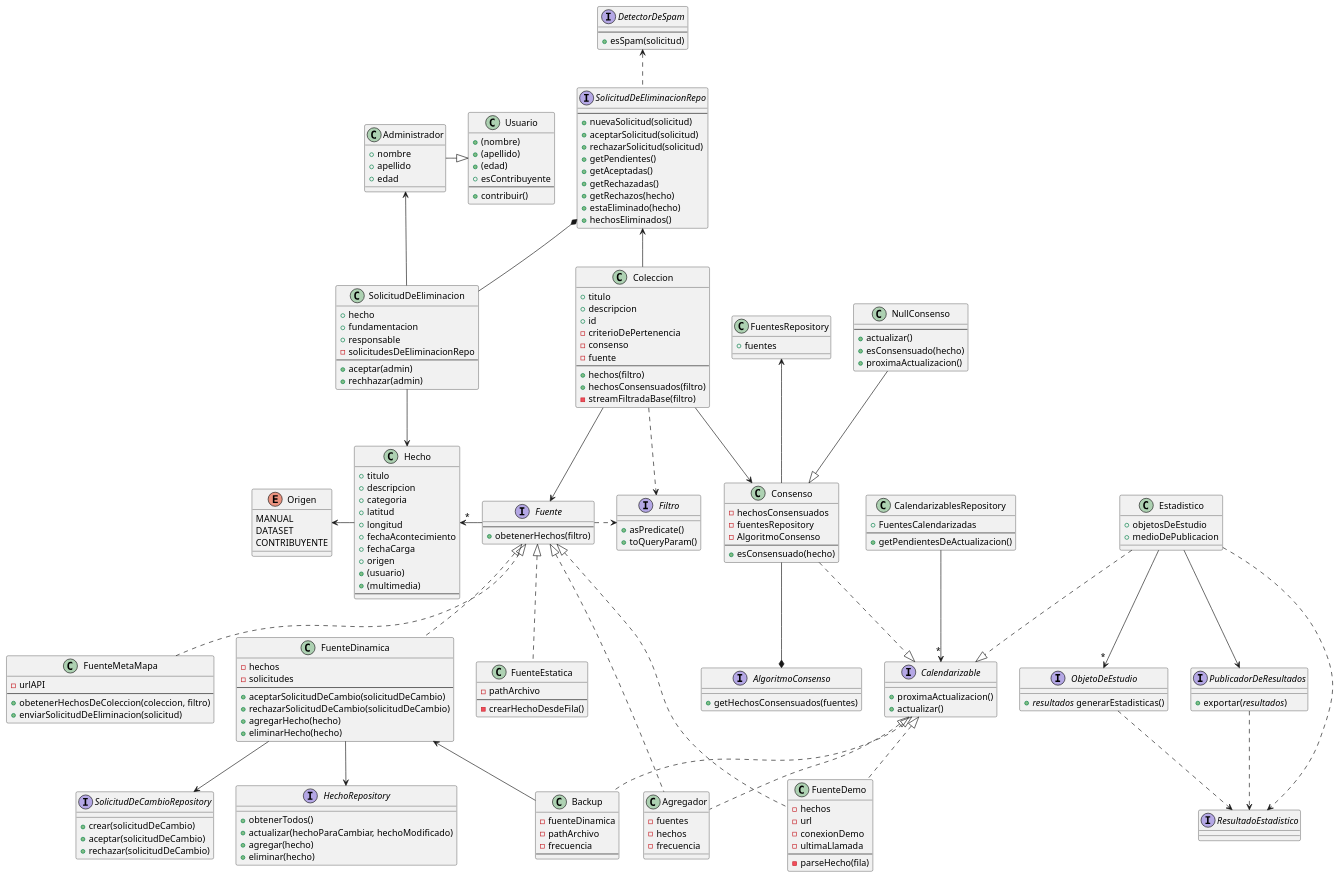
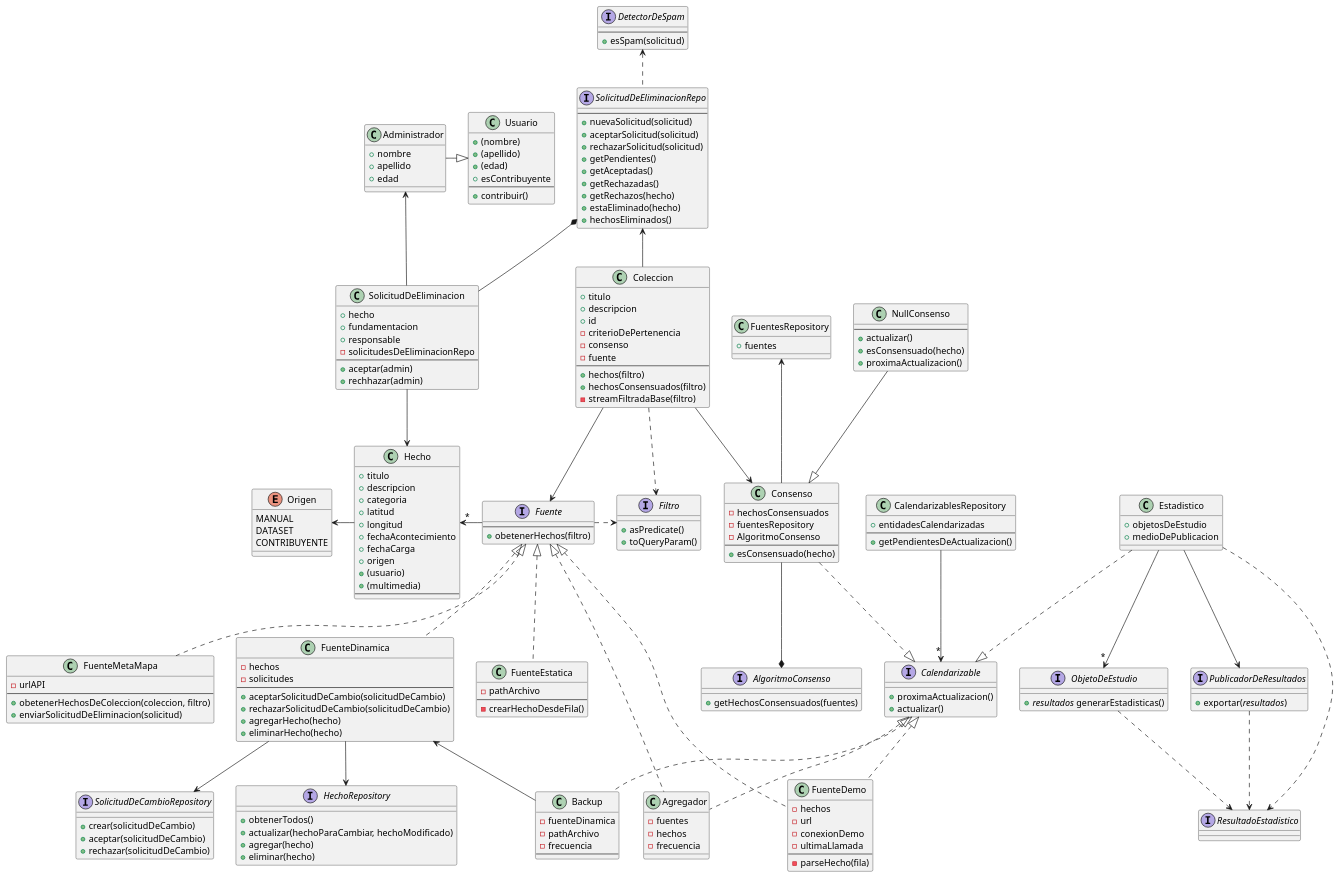
The diagram in diagramas/diagrama-clases.puml (lrizzitano/Metamapa), drawn with PlantUML before and after one commit. The commit also changed 8 other files, not shown here.

```diff
--- a/diagramas/diagrama-clases.puml
+++ b/diagramas/diagrama-clases.puml
@@ -163,7 +163,7 @@
 }
 
 class CalendarizablesRepository {
-    +FuentesCalendarizadas
+    +entidadesCalendarizadas
     --
     +getPendientesDeActualizacion()
 }
```
